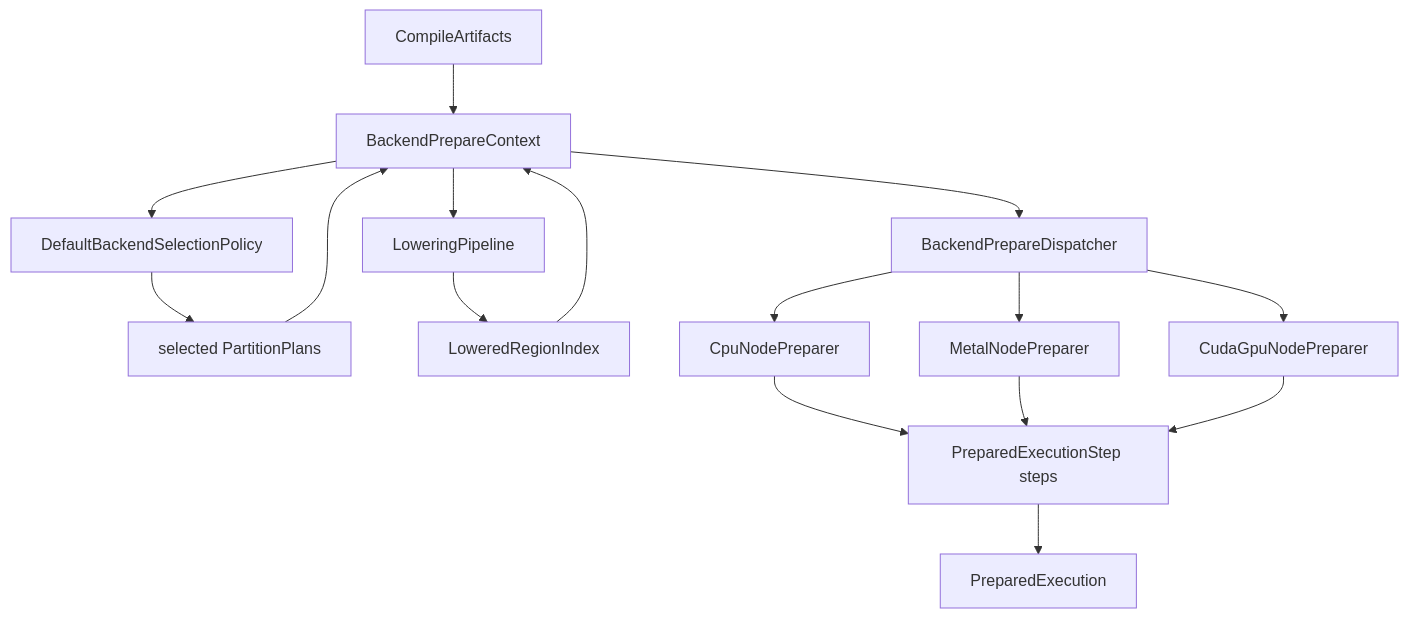
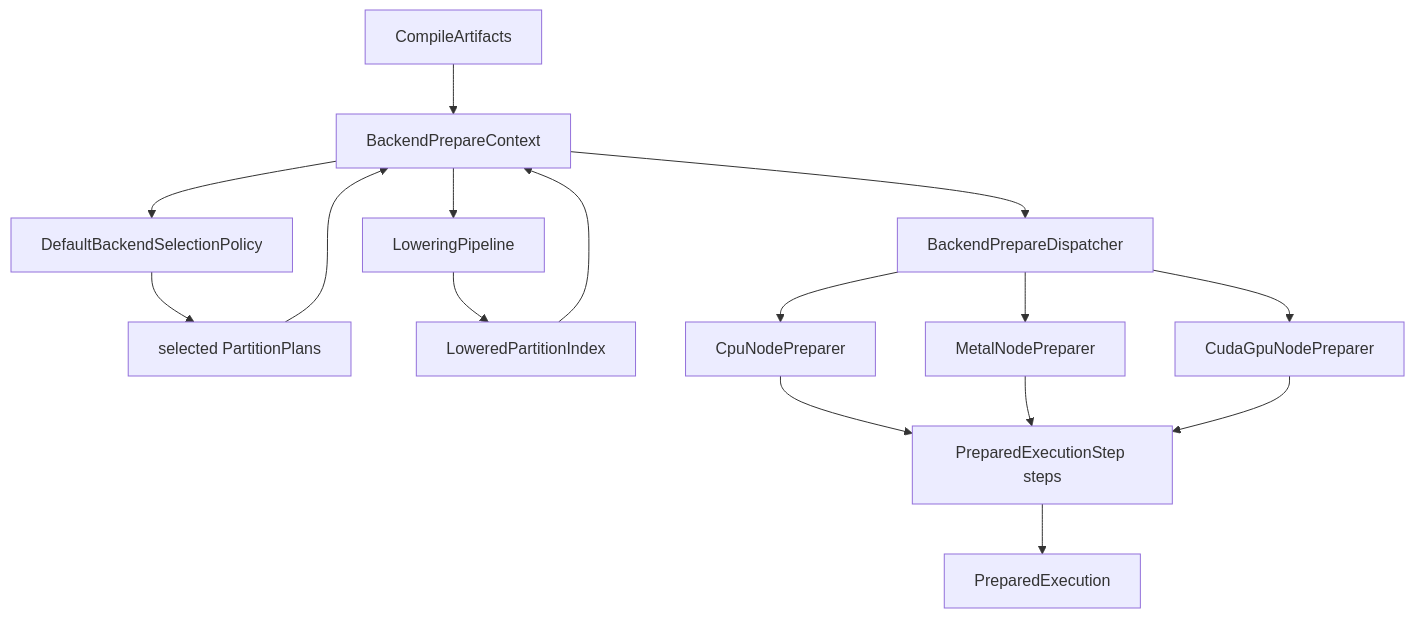
One commit to pho001/Synaptik changed the sixth of 8 diagrams in docs/compute-flow.md. Above: the diagram before and after it, drawn with Mermaid. The commit also changed other lines of this file and 517 other files, not shown here.

````diff
--- a/docs/compute-flow.md
+++ b/docs/compute-flow.md
@@ -684,27 +684,27 @@
 ```mermaid
 flowchart TD
     Artifacts["CompileArtifacts"]
     Context["BackendPrepareContext"]
     Select["DefaultBackendSelectionPolicy"]
     Plans["selected PartitionPlans"]
     Lower["LoweringPipeline"]
-    Regions["LoweredRegionIndex"]
+    Partitions["LoweredPartitionIndex"]
     Dispatch["BackendPrepareDispatcher"]
     CPU["CpuNodePreparer"]
     Metal["MetalNodePreparer"]
     CUDA["CudaGpuNodePreparer"]
     Steps["PreparedExecutionStep steps"]
     Prepared["PreparedExecution"]
 
     Artifacts --> Context
     Context --> Select --> Plans --> Context
-    Context --> Lower --> Regions --> Context
+    Context --> Lower --> Partitions --> Context
     Context --> Dispatch
     Dispatch --> CPU
     Dispatch --> Metal
     Dispatch --> CUDA
     CPU --> Steps
     Metal --> Steps
     CUDA --> Steps
     Steps --> Prepared
 ```
````
